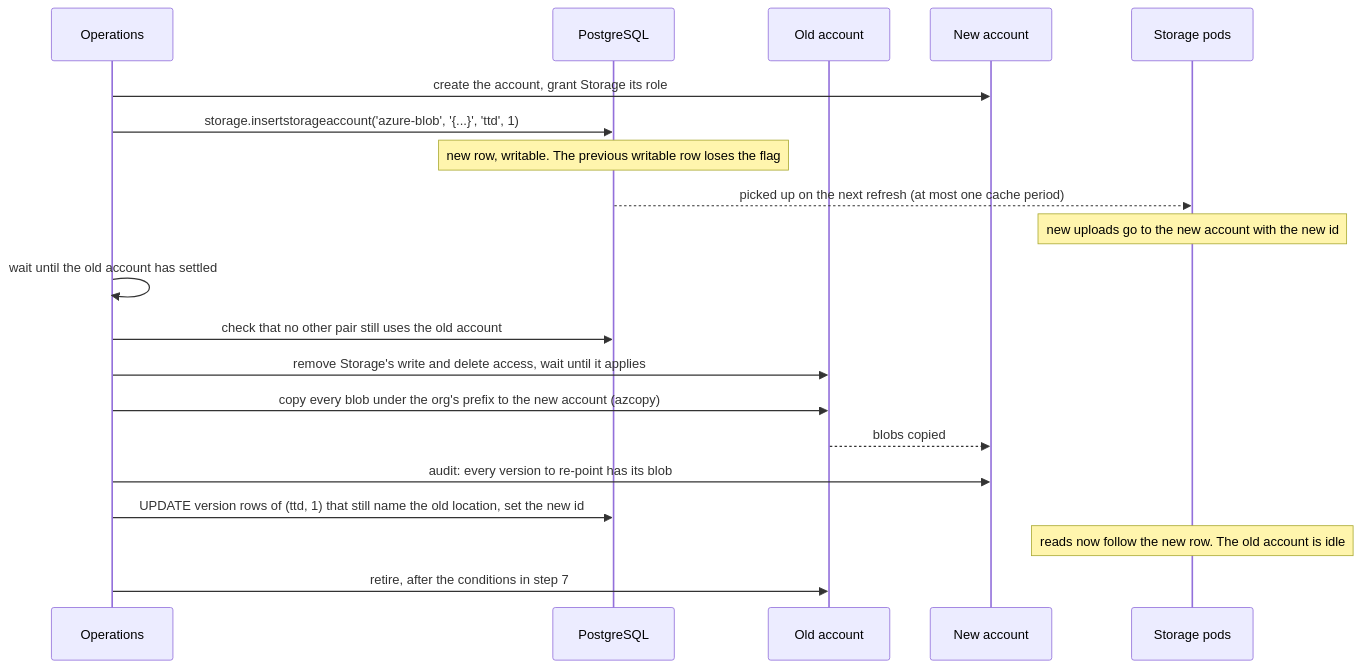
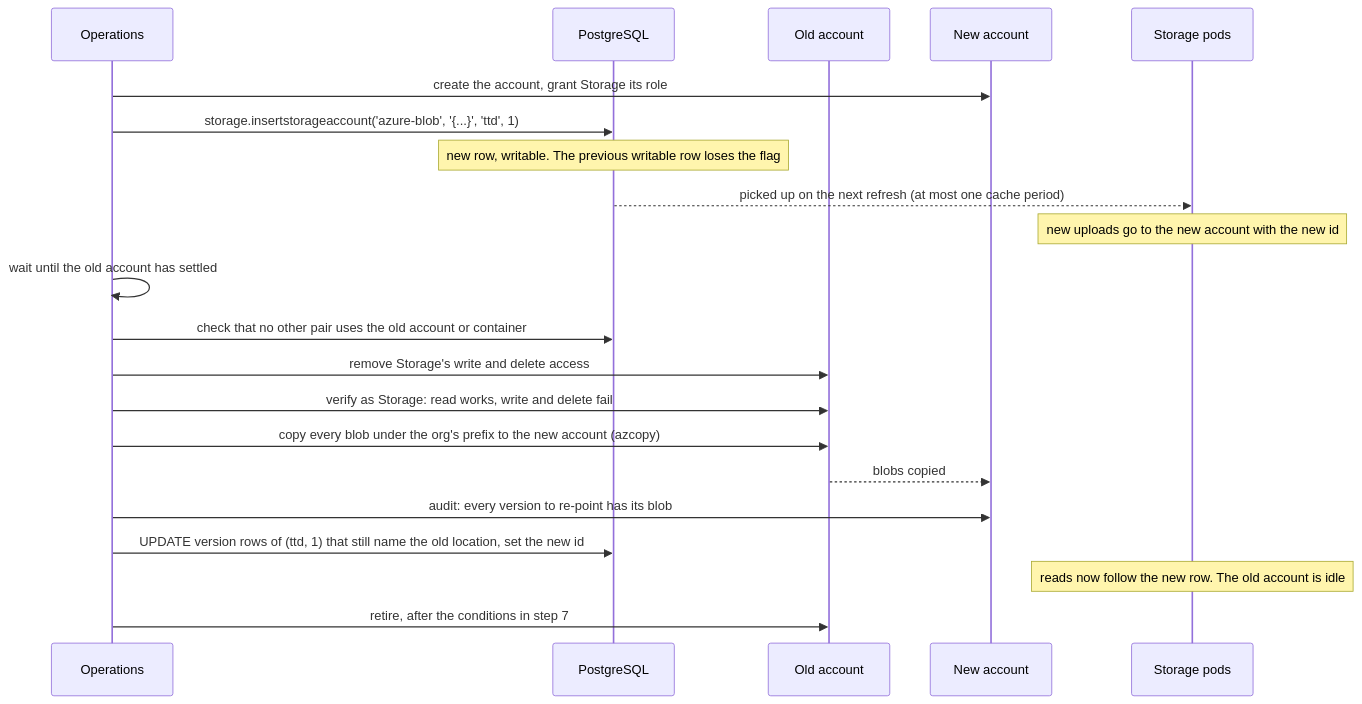
Before and after one commit to Altinn/altinn-storage: the fifth of 5 diagrams in docs/storage-accounts.md, drawn with Mermaid. The commit also changed other lines of this file, not shown here.

Commit message:
docs: check for shared containers, and verify Storage's effective access before the final copy

````diff
--- a/docs/storage-accounts.md
+++ b/docs/storage-accounts.md
@@ -236,23 +236,24 @@
 ```mermaid
 sequenceDiagram
     participant Ops as Operations
     participant DB as PostgreSQL
     participant Old as Old account
     participant New as New account
     participant Pods as Storage pods
 
     Ops->>New: create the account, grant Storage its role
     Ops->>DB: storage.insertstorageaccount('azure-blob', '{...}', 'ttd', 1)
     Note over DB: new row, writable. The previous writable row loses the flag
     DB-->>Pods: picked up on the next refresh (at most one cache period)
     Note over Pods: new uploads go to the new account with the new id
     Ops->>Ops: wait until the old account has settled
-    Ops->>DB: check that no other pair still uses the old account
-    Ops->>Old: remove Storage's write and delete access, wait until it applies
+    Ops->>DB: check that no other pair uses the old account or container
+    Ops->>Old: remove Storage's write and delete access
+    Ops->>Old: verify as Storage: read works, write and delete fail
     Ops->>Old: copy every blob under the org's prefix to the new account (azcopy)
     Old-->>New: blobs copied
     Ops->>New: audit: every version to re-point has its blob
     Ops->>DB: UPDATE version rows of (ttd, 1) that still name the old location, set the new id
     Note over Pods: reads now follow the new row. The old account is idle
     Ops->>Old: retire, after the conditions in step 7
 ```
````
